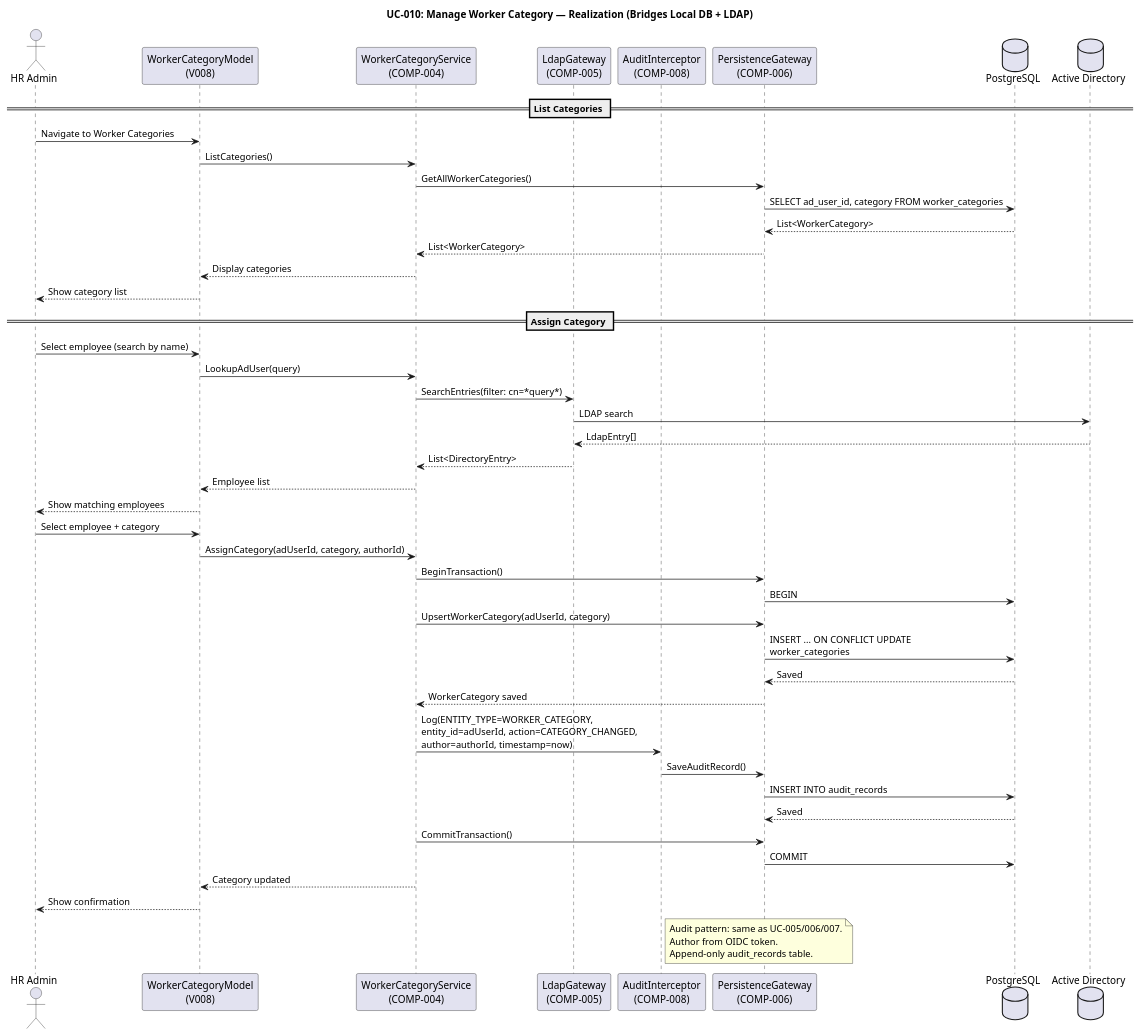
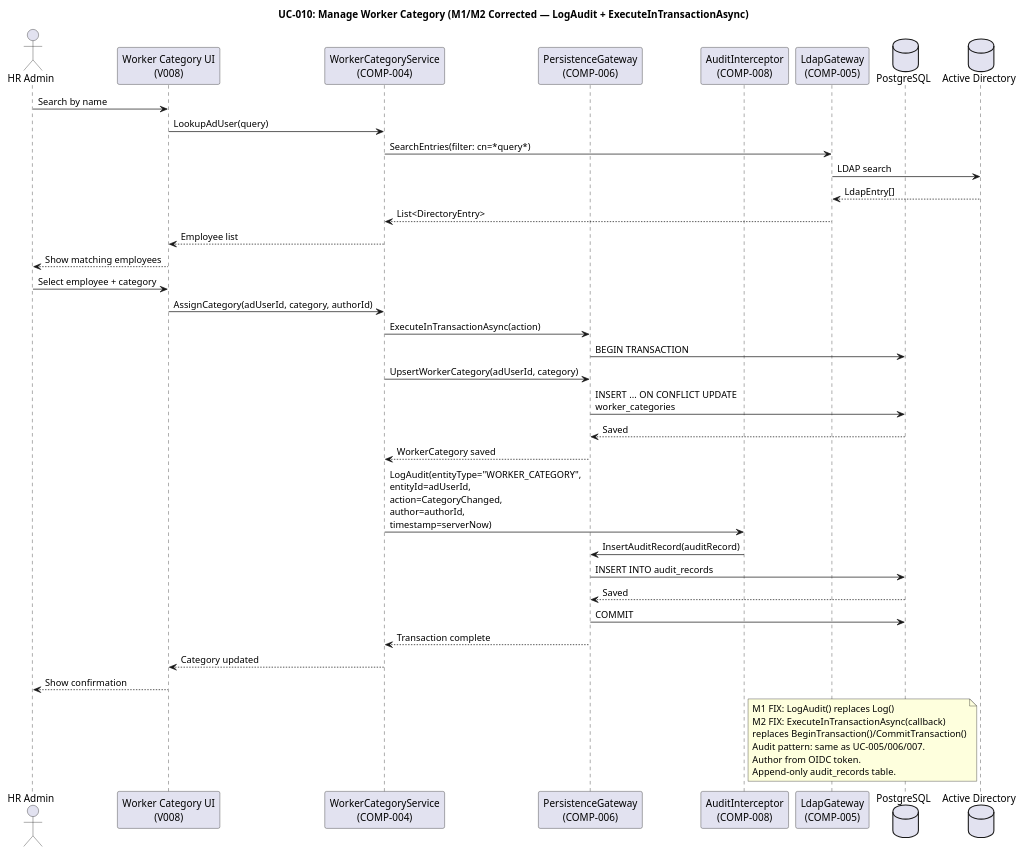
Before and after one commit to banense-test/portal-cuba-corp: diagram 11 of 28 in docs/artifacts/analysis---design/design-model.md, drawn with PlantUML. The commit also changed other lines of this file, not shown here.

First line of the commit message:
Designer [E2]: upsert Design Model

````diff
--- a/docs/artifacts/analysis---design/design-model.md
+++ b/docs/artifacts/analysis---design/design-model.md
@@ -674,63 +638,55 @@
 ```plantuml
 @startuml
-title UC-010: Manage Worker Category — Realization (Bridges Local DB + LDAP)
+title UC-010: Manage Worker Category (M1/M2 Corrected — LogAudit + ExecuteInTransactionAsync)
 
 actor "HR Admin" as HR
-participant "WorkerCategoryModel\n(V008)" as UI
+participant "Worker Category UI\n(V008)" as UI
 participant "WorkerCategoryService\n(COMP-004)" as SVC
+participant "PersistenceGateway\n(COMP-006)" as DB
+participant "AuditInterceptor\n(COMP-008)" as AUDIT
 participant "LdapGateway\n(COMP-005)" as LDAP
-participant "AuditInterceptor\n(COMP-008)" as AUDIT
-participant "PersistenceGateway\n(COMP-006)" as DB
 database "PostgreSQL" as PG
 database "Active Directory" as AD
 
-== List Categories ==
-HR -> UI : Navigate to Worker Categories
-UI -> SVC : ListCategories()
-SVC -> DB : GetAllWorkerCategories()
-DB -> PG : SELECT ad_user_id, category FROM worker_categories
-PG --> DB : List<WorkerCategory>
-DB --> SVC : List<WorkerCategory>
-SVC --> UI : Display categories
-UI --> HR : Show category list
-
-== Assign Category ==
-HR -> UI : Select employee (search by name)
+HR -> UI : Search by name
 UI -> SVC : LookupAdUser(query)
 SVC -> LDAP : SearchEntries(filter: cn=*query*)
 LDAP -> AD : LDAP search
 AD --> LDAP : LdapEntry[]
 LDAP --> SVC : List<DirectoryEntry>
 SVC --> UI : Employee list
 UI --> HR : Show matching employees
 
 HR -> UI : Select employee + category
 UI -> SVC : AssignCategory(adUserId, category, authorId)
 
-SVC -> DB : BeginTransaction()
-DB -> PG : BEGIN
+SVC -> DB : ExecuteInTransactionAsync(action)
+DB -> PG : BEGIN TRANSACTION
 
 SVC -> DB : UpsertWorkerCategory(adUserId, category)
 DB -> PG : INSERT ... ON CONFLICT UPDATE\nworker_categories
 PG --> DB : Saved
 DB --> SVC : WorkerCategory saved
 
-SVC -> AUDIT : Log(ENTITY_TYPE=WORKER_CATEGORY,\nentity_id=adUserId, action=CATEGORY_CHANGED,\nauthor=authorId, timestamp=now)
-AUDIT -> DB : SaveAuditRecord()
+SVC -> AUDIT : LogAudit(entityType="WORKER_CATEGORY",\nentityId=adUserId,\naction=CategoryChanged,\nauthor=authorId,\ntimestamp=serverNow)
+AUDIT -> DB : InsertAuditRecord(auditRecord)
 DB -> PG : INSERT INTO audit_records
 PG --> DB : Saved
 
-SVC -> DB : CommitTransaction()
 DB -> PG : COMMIT
+DB --> SVC : Transaction complete
 
 SVC --> UI : Category updated
 UI --> HR : Show confirmation
 
 note right of AUDIT
+  M1 FIX: LogAudit() replaces Log()
+  M2 FIX: ExecuteInTransactionAsync(callback)
+  replaces BeginTransaction()/CommitTransaction()
   Audit pattern: same as UC-005/006/007.
   Author from OIDC token.
   Append-only audit_records table.
 end note
 
 @enduml
 ```
````
